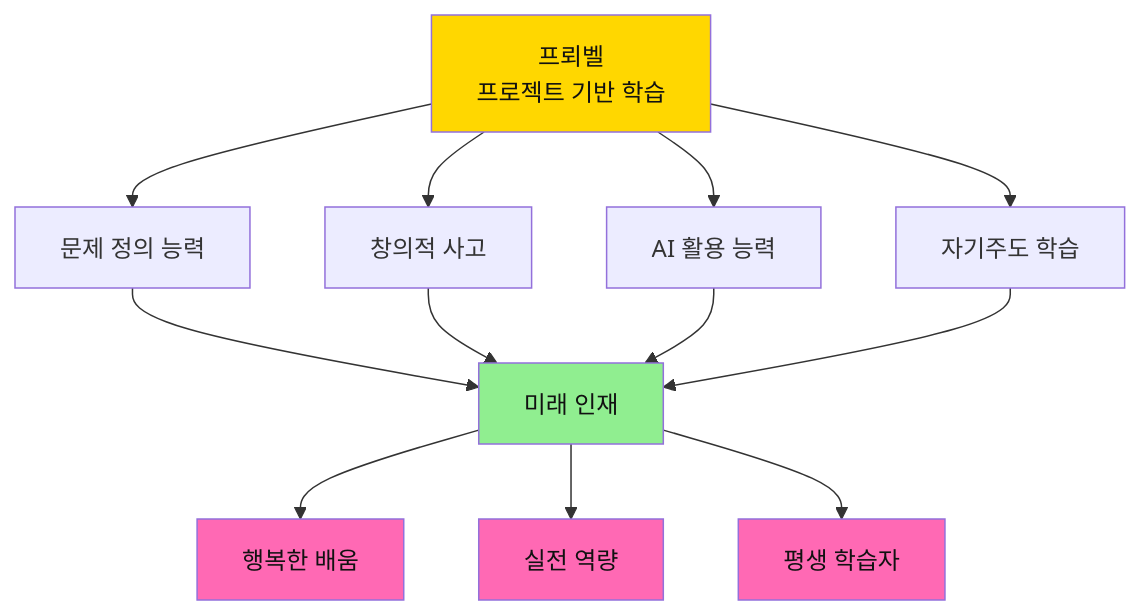
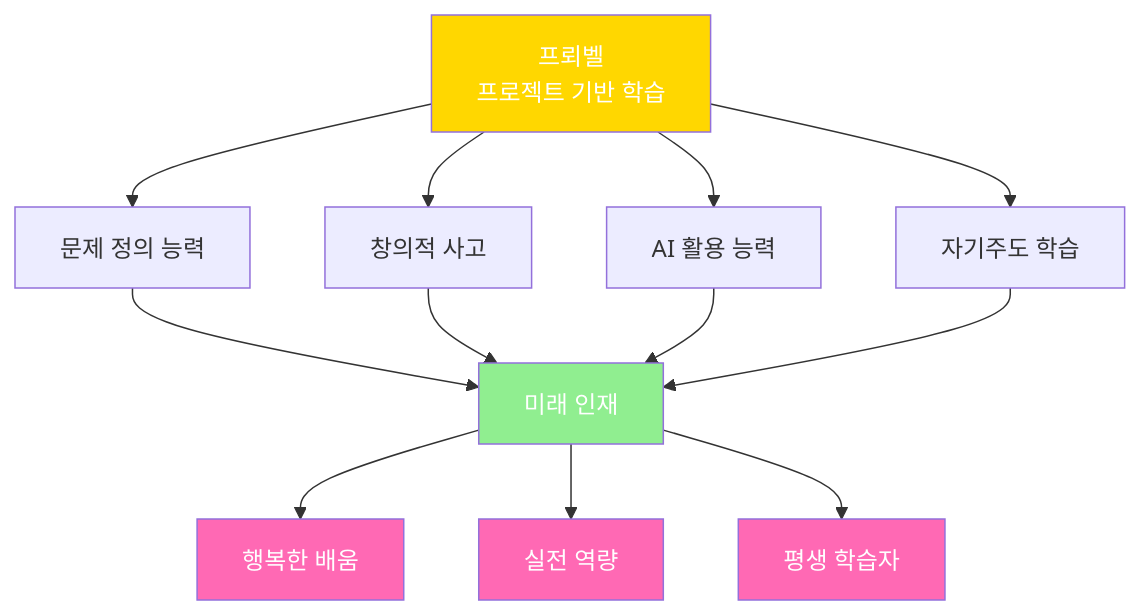
One commit to Collegenie-X/froebel changed diagram 28 of 30 in 4단계_프뢰벨_프로젝트기반_교육과정.md. Above: the diagram before and after it, drawn with Mermaid. The commit also changed other lines of this file and 4 other files, not shown here.

````diff
--- a/4단계_프뢰벨_프로젝트기반_교육과정.md
+++ b/4단계_프뢰벨_프로젝트기반_교육과정.md
@@ -1389,22 +1389,22 @@
 ```mermaid
 graph TD
     A[프뢰벨<br/>프로젝트 기반 학습] --> B[문제 정의 능력]
     A --> C[창의적 사고]
     A --> D[AI 활용 능력]
     A --> E[자기주도 학습]
     
     B --> F[미래 인재]
     C --> F
     D --> F
     E --> F
     
     F --> G[행복한 배움]
     F --> H[실전 역량]
     F --> I[평생 학습자]
     
-    style A fill:#FFD700,color:#111
-    style F fill:#90EE90,color:#111
-    style G fill:#FF69B4,color:#111
-    style H fill:#FF69B4,color:#111
-    style I fill:#FF69B4,color:#111
+    style A fill:#FFD700,color:#fff
+    style F fill:#90EE90,color:#fff
+    style G fill:#FF69B4,color:#fff
+    style H fill:#FF69B4,color:#fff
+    style I fill:#FF69B4,color:#fff
 ```
````
